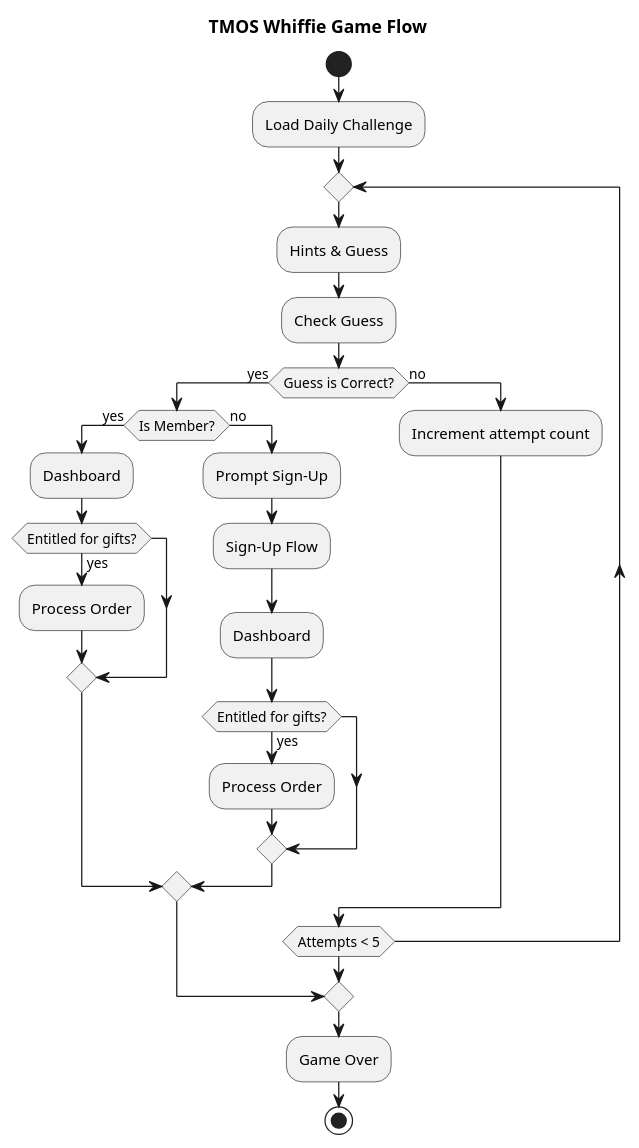
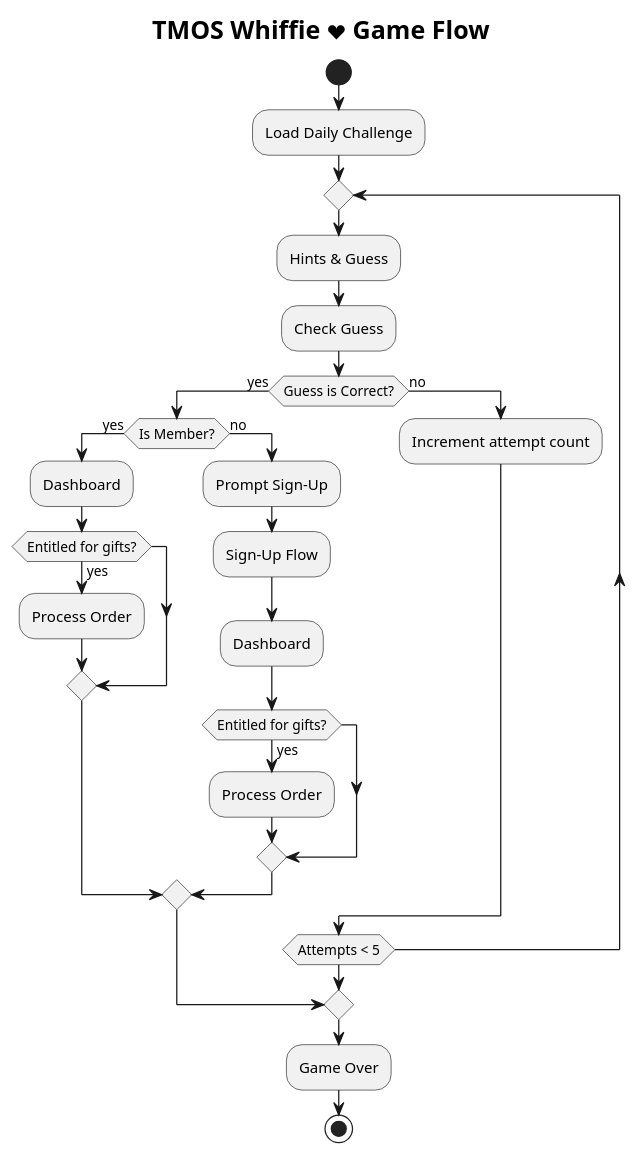
Before and after one commit to pmwong008/PlantUML_boot: the diagram in docs/architecture/tmos_activity_game_flow.puml, drawn with PlantUML. The commit also changed 11 other files, not shown here.

```diff
--- a/docs/architecture/tmos_activity_game_flow.puml
+++ b/docs/architecture/tmos_activity_game_flow.puml
@@ -1,33 +1,33 @@
 @startuml
-title TMOS Whiffie Game Flow
+title <size:20> TMOS Whiffie <&heart> Game Flow
 
 start
 
 :Load Daily Challenge;
 
 repeat
   :Hints & Guess;
   :Check Guess;
   if (Guess is Correct?) then (yes)
     if (Is Member?) then (yes)
       :Dashboard;
       if (Entitled for gifts?) then (yes)
         :Process Order;
       endif
     else (no)
       :Prompt Sign-Up;
       :Sign-Up Flow;
       :Dashboard;
       if (Entitled for gifts?) then (yes)
         :Process Order;
       endif
     endif
     break
   else (no)
     :Increment attempt count;
   endif
 repeat while (Attempts < 5)
 
 :Game Over;
 stop
 @enduml
```
